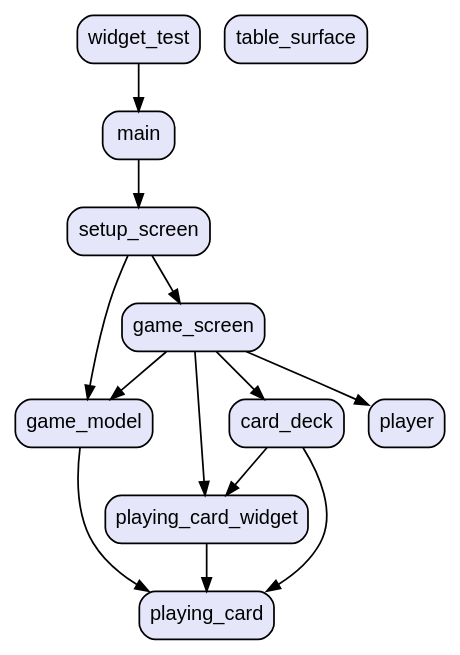
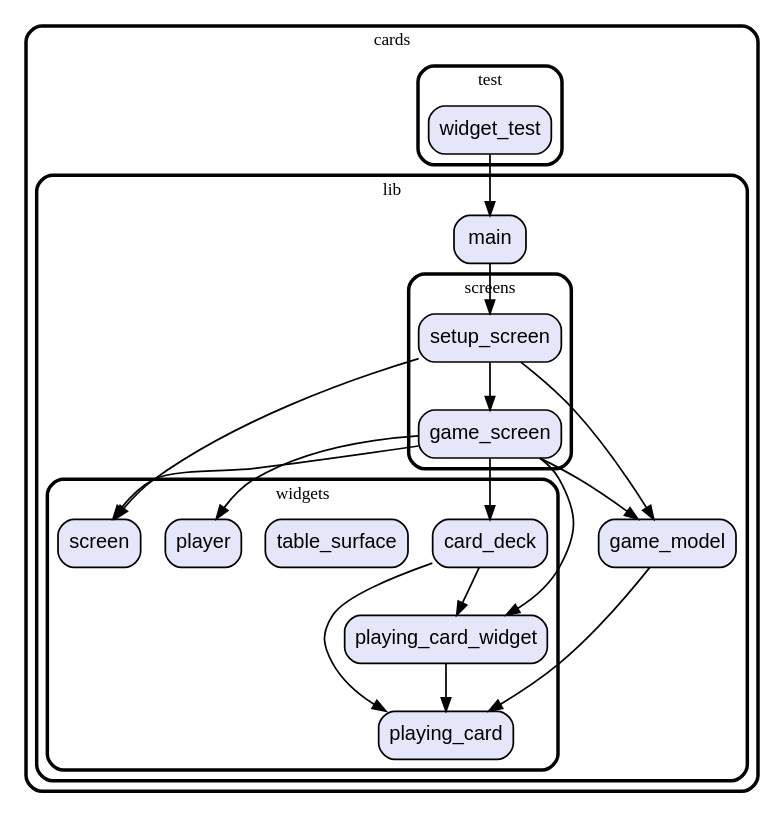
Before and after one commit to vteam-com/Cards: the diagram in graph.dot, drawn with Graphviz. The commit also changed 5 other files, not shown here.

Commit message:
fix layout of "deck of card"

```diff
--- a/graph.dot
+++ b/graph.dot
@@ -1,27 +1,56 @@
 digraph "" {
   graph [style=rounded fontname="Arial Black" fontsize=13 penwidth=2.6];
   node [shape=rect style="filled,rounded" fontname=Arial fontsize=15 fillcolor=Lavender penwidth=1.3];
   edge [penwidth=1.3];
+  "/test/widget_test.dart" [label="widget_test"];
   "/lib/game_model.dart" [label="game_model"];
-  "/lib/game_screen.dart" [label="game_screen"];
+  "/lib/screens/game_screen.dart" [label="game_screen"];
+  "/lib/screens/setup_screen.dart" [label="setup_screen"];
   "/lib/main.dart" [label="main"];
-  "/lib/playing_card.dart" [label="playing_card"];
-  "/lib/playing_card_widget.dart" [label="playing_card_widget"];
-  "/lib/setup_screen.dart" [label="setup_screen"];
+  "/lib/widgets/playing_card_widget.dart" [label="playing_card_widget"];
   "/lib/widgets/card_deck.dart" [label="card_deck"];
+  "/lib/widgets/table_surface.dart" [label="table_surface"];
   "/lib/widgets/player.dart" [label="player"];
-  "/lib/widgets/table_surface.dart" [label="table_surface"];
-  "/test/widget_test.dart" [label="widget_test"];
-  "/lib/game_model.dart" -> "/lib/playing_card.dart";
-  "/lib/game_screen.dart" -> "/lib/widgets/card_deck.dart";
-  "/lib/game_screen.dart" -> "/lib/widgets/player.dart";
-  "/lib/game_screen.dart" -> "/lib/game_model.dart";
-  "/lib/game_screen.dart" -> "/lib/playing_card_widget.dart";
-  "/lib/main.dart" -> "/lib/setup_screen.dart";
-  "/lib/playing_card_widget.dart" -> "/lib/playing_card.dart";
-  "/lib/setup_screen.dart" -> "/lib/game_model.dart";
-  "/lib/setup_screen.dart" -> "/lib/game_screen.dart";
-  "/lib/widgets/card_deck.dart" -> "/lib/playing_card.dart";
-  "/lib/widgets/card_deck.dart" -> "/lib/playing_card_widget.dart";
+  "/lib/widgets/playing_card.dart" [label="playing_card"];
+  "/lib/widgets/screen.dart" [label="screen"];
+  subgraph "cluster~" {
+    label="cards";
+    subgraph "cluster~/test" {
+      label="test";
+      "/test/widget_test.dart";
+    }
+    subgraph "cluster~/lib" {
+      label="lib";
+      "/lib/game_model.dart";
+      "/lib/main.dart";
+      subgraph "cluster~/lib/screens" {
+        label="screens";
+        "/lib/screens/game_screen.dart";
+        "/lib/screens/setup_screen.dart";
+      }
+      subgraph "cluster~/lib/widgets" {
+        label="widgets";
+        "/lib/widgets/playing_card_widget.dart";
+        "/lib/widgets/card_deck.dart";
+        "/lib/widgets/table_surface.dart";
+        "/lib/widgets/player.dart";
+        "/lib/widgets/playing_card.dart";
+        "/lib/widgets/screen.dart";
+      }
+    }
+  }
   "/test/widget_test.dart" -> "/lib/main.dart";
+  "/lib/game_model.dart" -> "/lib/widgets/playing_card.dart";
+  "/lib/screens/game_screen.dart" -> "/lib/widgets/card_deck.dart";
+  "/lib/screens/game_screen.dart" -> "/lib/widgets/player.dart";
+  "/lib/screens/game_screen.dart" -> "/lib/widgets/playing_card_widget.dart";
+  "/lib/screens/game_screen.dart" -> "/lib/widgets/screen.dart";
+  "/lib/screens/game_screen.dart" -> "/lib/game_model.dart";
+  "/lib/screens/setup_screen.dart" -> "/lib/game_model.dart";
+  "/lib/screens/setup_screen.dart" -> "/lib/screens/game_screen.dart";
+  "/lib/screens/setup_screen.dart" -> "/lib/widgets/screen.dart";
+  "/lib/main.dart" -> "/lib/screens/setup_screen.dart";
+  "/lib/widgets/playing_card_widget.dart" -> "/lib/widgets/playing_card.dart";
+  "/lib/widgets/card_deck.dart" -> "/lib/widgets/playing_card.dart";
+  "/lib/widgets/card_deck.dart" -> "/lib/widgets/playing_card_widget.dart";
 }
```
